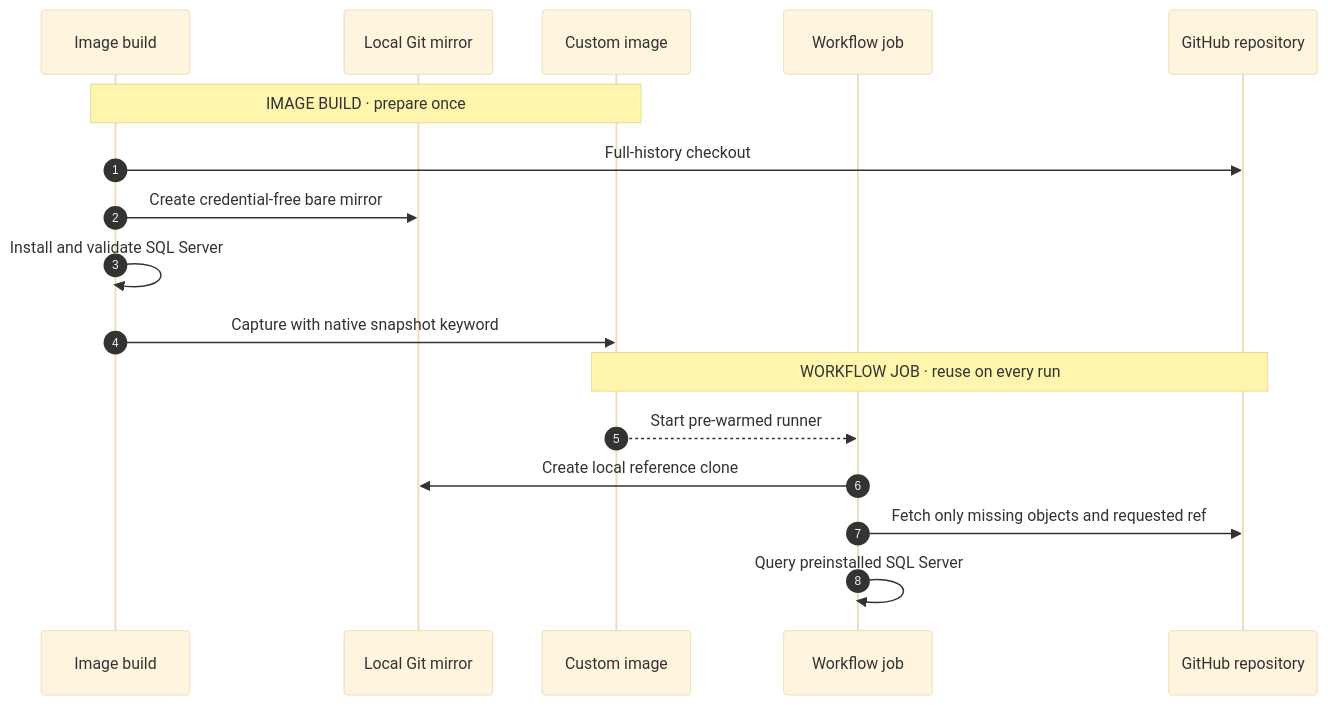
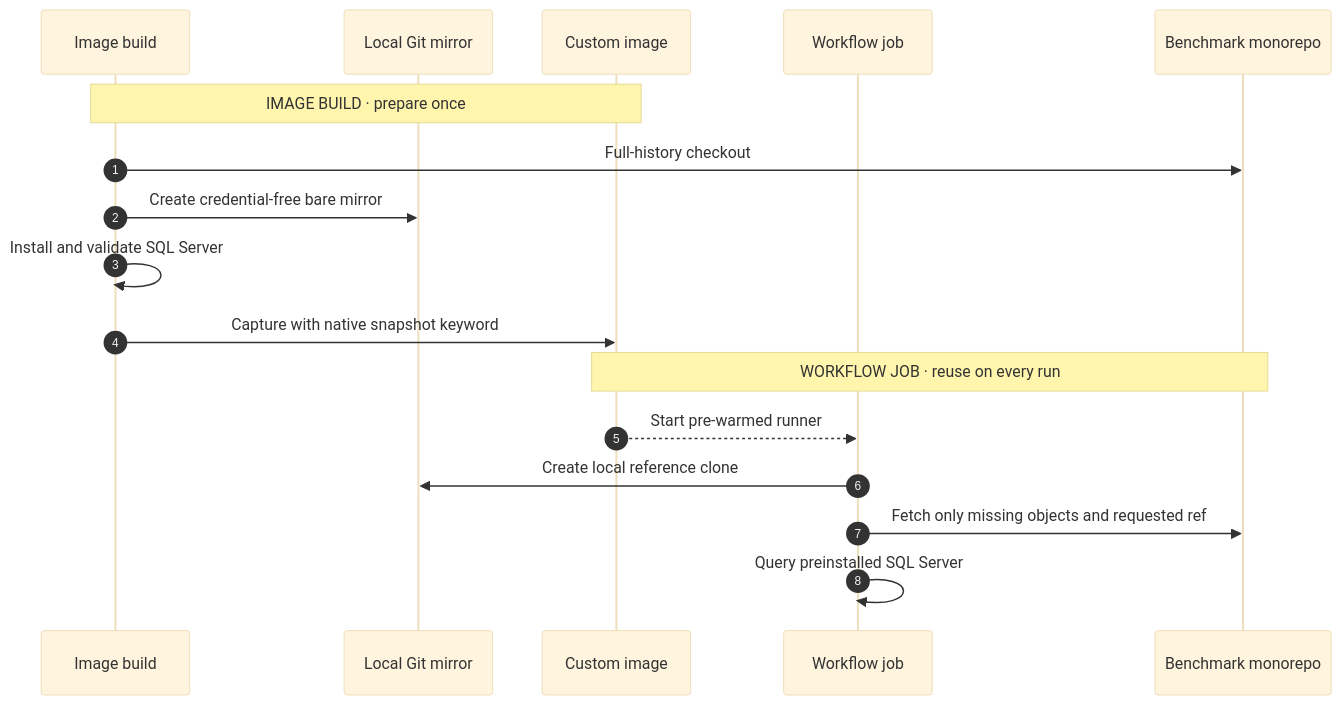
Before and after one commit to tsvi-solutions/custom_images_examples: the second of 2 diagrams in README.md, drawn with Mermaid (base theme). The commit also changed other lines of this file and 4 other files, not shown here.

First line of the commit message:
Enhance benchmark repository handling in workflows and scripts

````diff
--- a/README.md
+++ b/README.md
@@ -130,21 +135,21 @@
 ```mermaid
 sequenceDiagram
     autonumber
     participant Build as Image build
     participant Mirror as Local Git mirror
     participant Snapshot as Custom image
     participant Job as Workflow job
-    participant GitHub as GitHub repository
+    participant GitHub as Benchmark monorepo
 
     Note over Build,Snapshot: IMAGE BUILD · prepare once
     Build->>GitHub: Full-history checkout
     Build->>Mirror: Create credential-free bare mirror
     Build->>Build: Install and validate SQL Server
     Build->>Snapshot: Capture with native snapshot keyword
 
     Note over Snapshot,GitHub: WORKFLOW JOB · reuse on every run
     Snapshot-->>Job: Start pre-warmed runner
     Job->>Mirror: Create local reference clone
     Job->>GitHub: Fetch only missing objects and requested ref
     Job->>Job: Query preinstalled SQL Server
 ```
````
